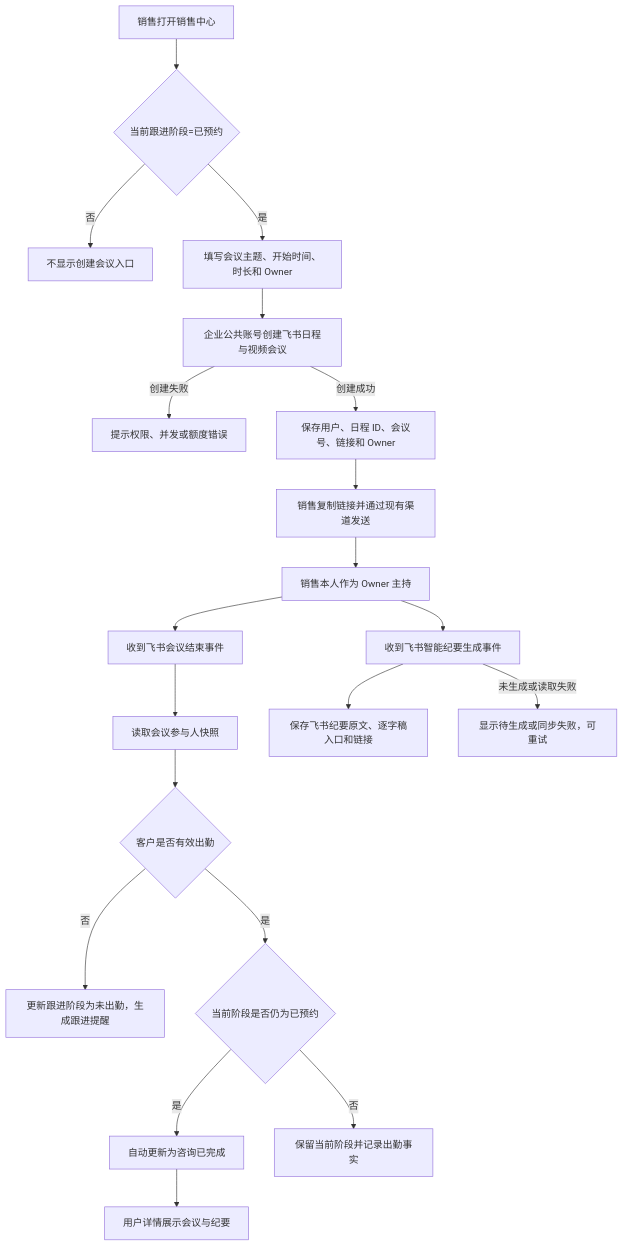
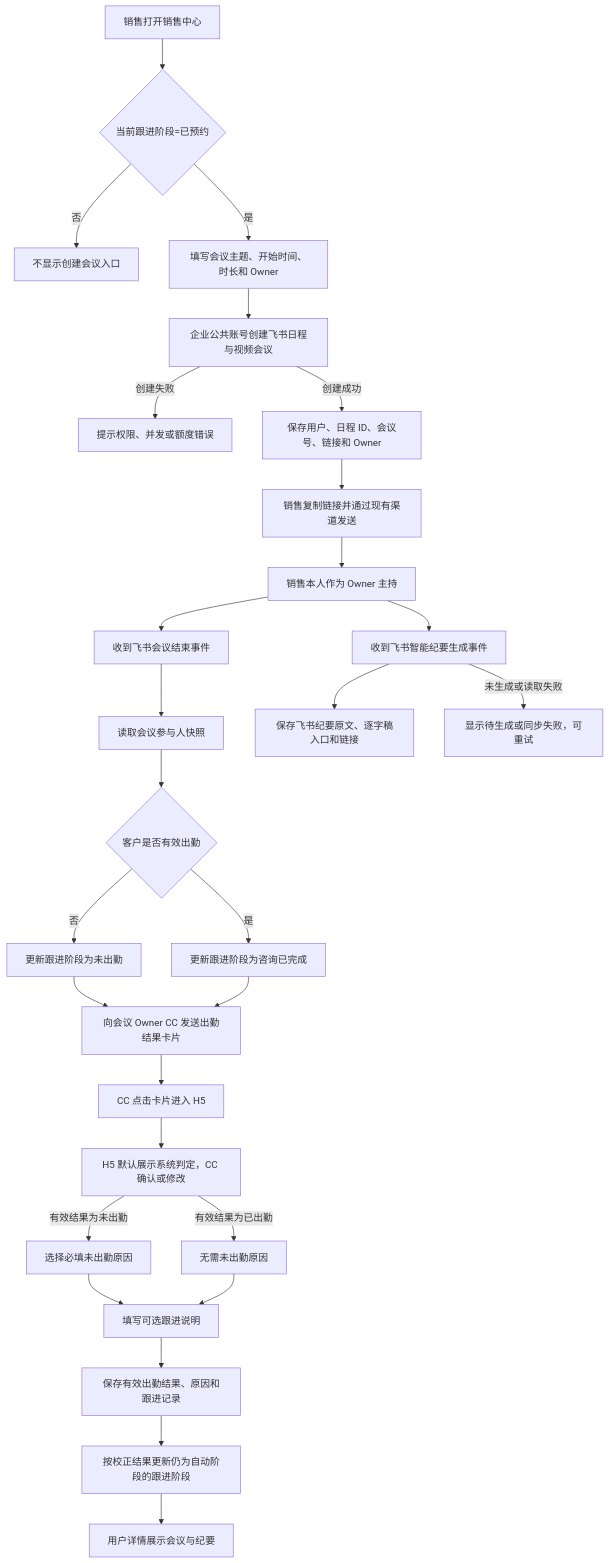
One commit to h3-ai-lab/hhhprd changed the diagram in projects/crm-consultation-meeting/prd/PRD.md. Above: the diagram before and after it, drawn with Mermaid. The commit also changed other lines of this file and 6 other files, not shown here.

````diff
--- a/projects/crm-consultation-meeting/prd/PRD.md
+++ b/projects/crm-consultation-meeting/prd/PRD.md
@@ -53,22 +58,30 @@
 ```mermaid
 flowchart TD
     A[销售打开销售中心] --> B{当前跟进阶段=已预约}
     B -->|否| B1[不显示创建会议入口]
     B -->|是| C[填写会议主题、开始时间、时长和 Owner]
     C --> D[企业公共账号创建飞书日程与视频会议]
     D -->|创建失败| D1[提示权限、并发或额度错误]
     D -->|创建成功| E[保存用户、日程 ID、会议号、链接和 Owner]
     E --> F[销售复制链接并通过现有渠道发送]
     F --> G[销售本人作为 Owner 主持]
     G --> H[收到飞书会议结束事件]
     H --> I[读取会议参与人快照]
     I --> J{客户是否有效出勤}
-    J -->|否| J1[更新跟进阶段为未出勤，生成跟进提醒]
-    J -->|是| K{当前阶段是否仍为已预约}
-    K -->|是| L[自动更新为咨询已完成]
-    K -->|否| L1[保留当前阶段并记录出勤事实]
+    J -->|否| J1[更新跟进阶段为未出勤]
+    J -->|是| J2[更新跟进阶段为咨询已完成]
+    J1 --> P[向会议 Owner CC 发送出勤结果卡片]
+    J2 --> P
+    P --> Q[CC 点击卡片进入 H5]
+    Q --> R[H5 默认展示系统判定，CC 确认或修改]
+    R -->|有效结果为未出勤| R1[选择必填未出勤原因]
+    R -->|有效结果为已出勤| R2[无需未出勤原因]
+    R1 --> S[填写可选跟进说明]
+    R2 --> S
+    S --> T[保存有效出勤结果、原因和跟进记录]
+    T --> U[按校正结果更新仍为自动阶段的跟进阶段]
     G --> M[收到飞书智能纪要生成事件]
     M --> N[保存飞书纪要原文、逐字稿入口和链接]
     M -->|未生成或读取失败| N1[显示待生成或同步失败，可重试]
-    L --> O[用户详情展示会议与纪要]
+    U --> O[用户详情展示会议与纪要]
 ```
````
